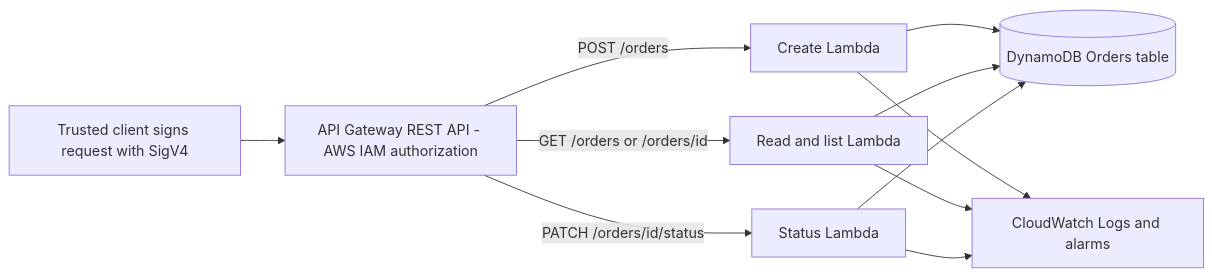
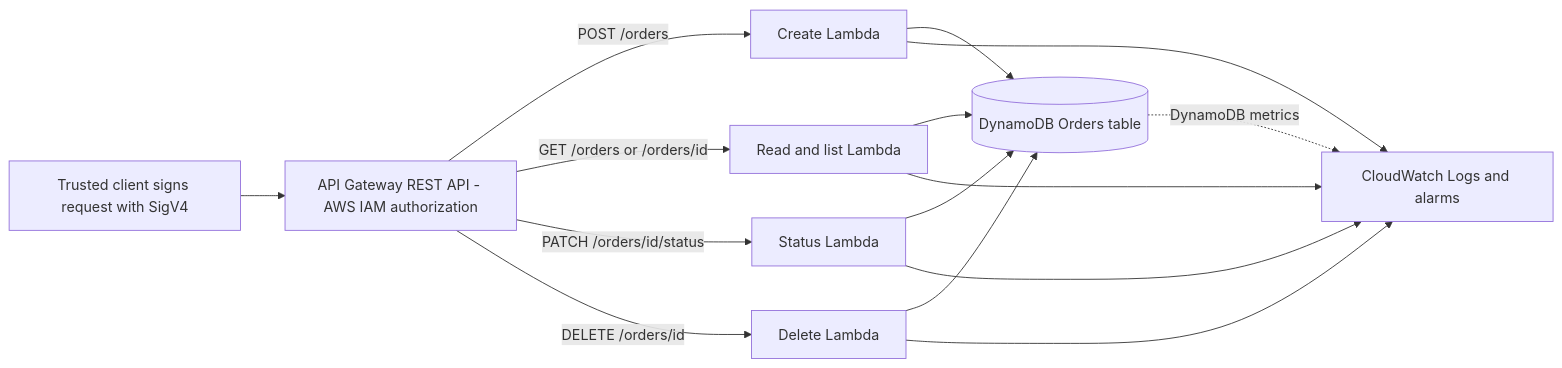
One commit to Niyanta-cloud/AWS-Serverless-Order-Management-System changed the diagram in week-1/architecture/request-flow.md. Above: the diagram before and after it, drawn with Mermaid. The commit also changed 10 other files, not shown here.

````diff
--- a/week-1/architecture/request-flow.md
+++ b/week-1/architecture/request-flow.md
@@ -3,13 +3,17 @@
 ```mermaid
 flowchart LR
   C[Trusted client signs request with SigV4] --> A[API Gateway REST API - AWS IAM authorization]
   A -->|POST /orders| L1[Create Lambda]
   A -->|GET /orders or /orders/id| L2[Read and list Lambda]
   A -->|PATCH /orders/id/status| L3[Status Lambda]
+  A -->|DELETE /orders/id| L4[Delete Lambda]
   L1 --> D[(DynamoDB Orders table)]
   L2 --> D
   L3 --> D
+  L4 --> D
   L1 --> CW[CloudWatch Logs and alarms]
   L2 --> CW
   L3 --> CW
+  L4 --> CW
+  D -. DynamoDB metrics .-> CW
 ```
````
